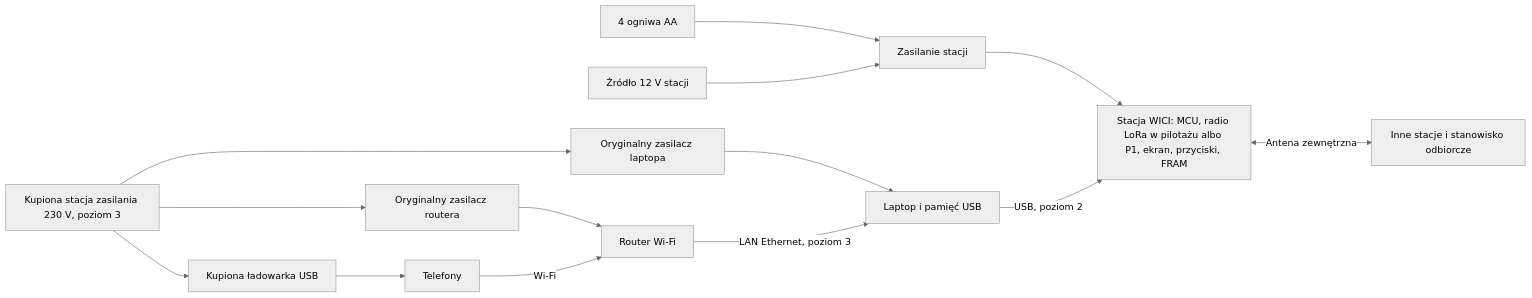
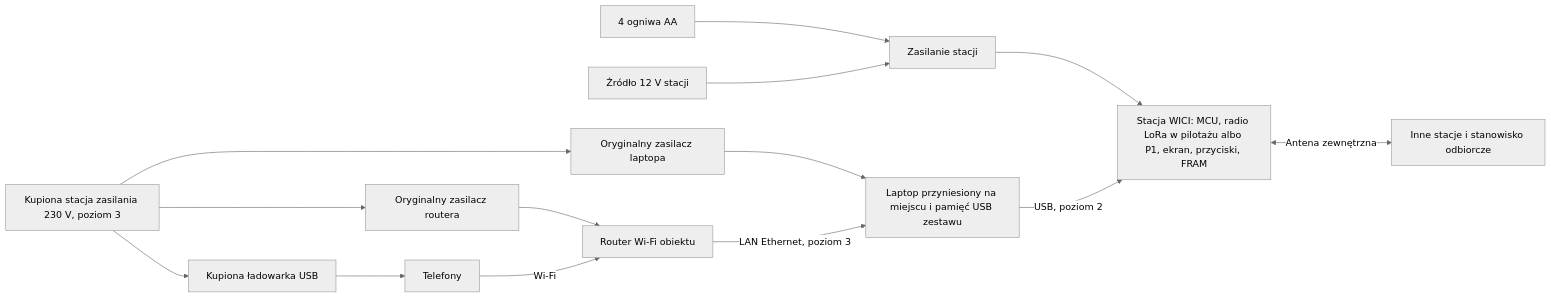
The diagram in docs/spec/projekt.md (tmierzwa/WICI), drawn with Mermaid (neutral theme) before and after one commit. The commit also changed other lines of this file and 20 other files, not shown here.

First line of the commit message:
Laptop i router na miejscu, tryb kiosku, kopia bazy, kryptografia systemu (D04 częściowo) (#30)

````diff
--- a/docs/spec/projekt.md
+++ b/docs/spec/projekt.md
@@ -28,16 +28,16 @@
 ```mermaid
 flowchart LR
   AA[4 ogniwa AA] --> SP[Zasilanie stacji]
   S12[Źródło 12 V stacji] --> SP
   SP --> ST[Stacja WICI: MCU, radio LoRa w pilotażu albo P1, ekran, przyciski, FRAM]
   ST <-->|Antena zewnętrzna| S[Inne stacje i stanowisko odbiorcze]
-  L[Laptop i pamięć USB] -->|USB, poziom 2| ST
+  L[Laptop przyniesiony na miejscu i pamięć USB zestawu] -->|USB, poziom 2| ST
   PS[Kupiona stacja zasilania 230 V, poziom 3] --> P[Oryginalny zasilacz laptopa]
   PS --> R[Oryginalny zasilacz routera]
   PS --> U[Kupiona ładowarka USB]
   P --> L
-  R --> W[Router Wi-Fi]
+  R --> W[Router Wi-Fi obiektu]
   W -->|LAN Ethernet, poziom 3| L
   U --> F[Telefony]
   F -->|Wi-Fi| W
 ```
````
